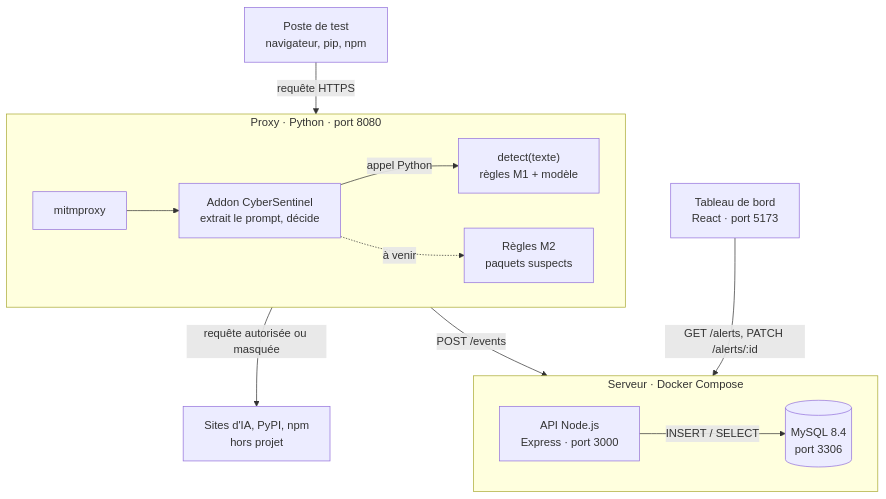
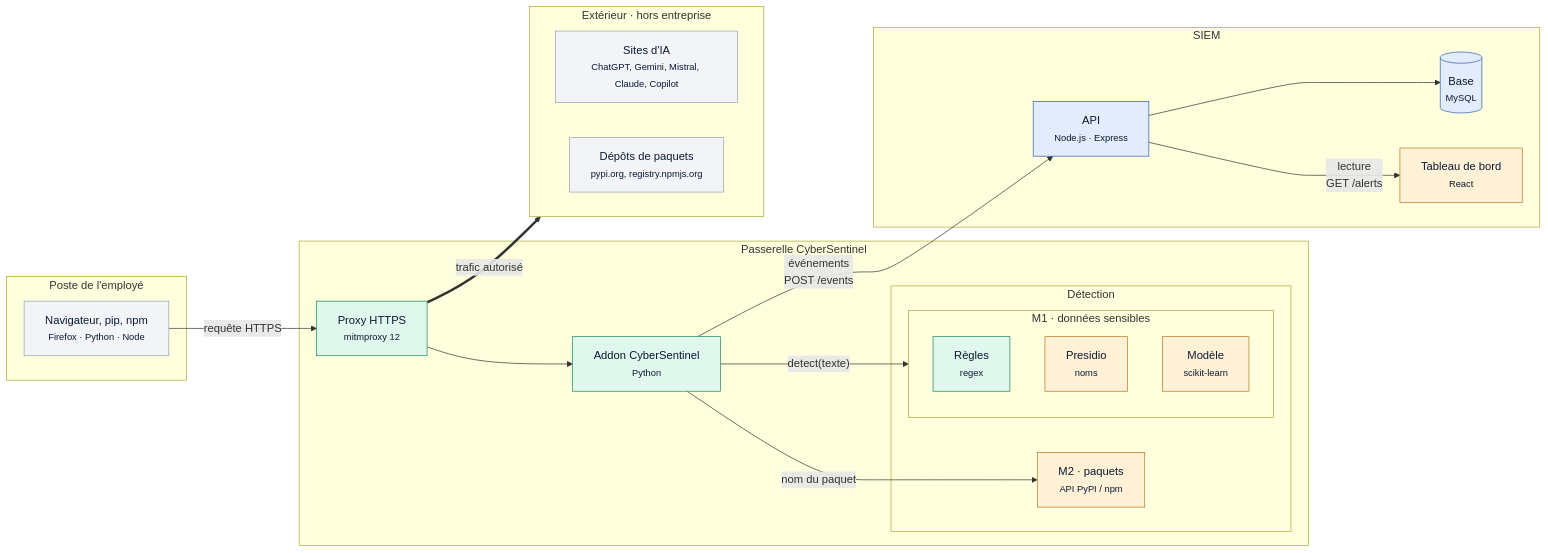
The first of 2 diagrams in docs/architecture.md (fatima774/projet_ydays), drawn with Mermaid before and after one commit. The commit also changed other lines of this file and 2 other files, not shown here.

First line of the commit message:
docs: schémas d'architecture refaits d'après la description technique (#40)

````diff
--- a/docs/architecture.md
+++ b/docs/architecture.md
@@ -9,25 +9,49 @@
 ```mermaid
-flowchart TB
-    NAV["Poste de test<br/>navigateur, pip, npm"]
-
-    subgraph PROXY["Proxy · Python · port 8080"]
-        direction LR
-        MITM["mitmproxy"] --> ADDON["Addon CyberSentinel<br/>extrait le prompt, décide"]
-        ADDON -->|"appel Python"| DETECT["detect(texte)<br/>règles M1 + modèle"]
-        ADDON -.->|"à venir"| M2["Règles M2<br/>paquets suspects"]
+flowchart LR
+    subgraph POSTE["Poste de l'employé"]
+        NAV["Navigateur, pip, npm<br/><small>Firefox · Python · Node</small>"]
     end
 
-    EXT["Sites d'IA, PyPI, npm<br/>hors projet"]
-
-    subgraph SERVEUR["Serveur · Docker Compose"]
-        direction LR
-        API["API Node.js<br/>Express · port 3000"] -->|"INSERT / SELECT"| DB[("MySQL 8.4<br/>port 3306")]
+    subgraph PASS["Passerelle CyberSentinel"]
+        PROXY["Proxy HTTPS<br/><small>mitmproxy 12</small>"]
+        ADDON["Addon CyberSentinel<br/><small>Python</small>"]
+        subgraph DET["Détection"]
+            subgraph M1["M1 · données sensibles"]
+                REGLES["Règles<br/><small>regex</small>"]
+                PRESIDIO["Presidio<br/><small>noms</small>"]
+                MODELE["Modèle<br/><small>scikit-learn</small>"]
+            end
+            M2["M2 · paquets<br/><small>API PyPI / npm</small>"]
+        end
     end
 
-    DASH["Tableau de bord<br/>React · port 5173"]
+    subgraph EXT["Extérieur · hors entreprise"]
+        direction LR
+        IA["Sites d'IA<br/><small>ChatGPT, Gemini, Mistral, Claude, Copilot</small>"]
+        PKG["Dépôts de paquets<br/><small>pypi.org, registry.npmjs.org</small>"]
+    end
 
-    NAV -->|"requête HTTPS"| MITM
-    ADDON -->|"requête autorisée ou masquée"| EXT
-    ADDON -->|"POST /events"| API
-    DASH -->|"GET /alerts, PATCH /alerts/:id"| API
+    subgraph SIEM["SIEM"]
+        API["API<br/><small>Node.js · Express</small>"]
+        DB[("Base<br/><small>MySQL</small>")]
+        DASH["Tableau de bord<br/><small>React</small>"]
+    end
+
+    NAV -->|"requête HTTPS"| PROXY
+    PROXY --> ADDON
+    ADDON -->|"detect(texte)"| M1
+    ADDON -->|"nom du paquet"| M2
+    PROXY ==>|"trafic autorisé"| EXT
+    ADDON -->|"événements<br/>POST /events"| API
+    API --> DB
+    API -->|"lecture<br/>GET /alerts"| DASH
+
+    classDef ok fill:#DFF7EC,stroke:#1B8A5A,color:#0A1A33
+    classDef pret fill:#E3ECFB,stroke:#2F5FB3,color:#0A1A33
+    classDef cours fill:#FFF1D6,stroke:#B7791F,color:#0A1A33
+    classDef ext fill:#F2F4F7,stroke:#98A2B3,color:#0A1A33
+    class PROXY,ADDON,REGLES ok
+    class API,DB pret
+    class PRESIDIO,MODELE,M2,DASH cours
+    class NAV,IA,PKG ext
 ```
````
